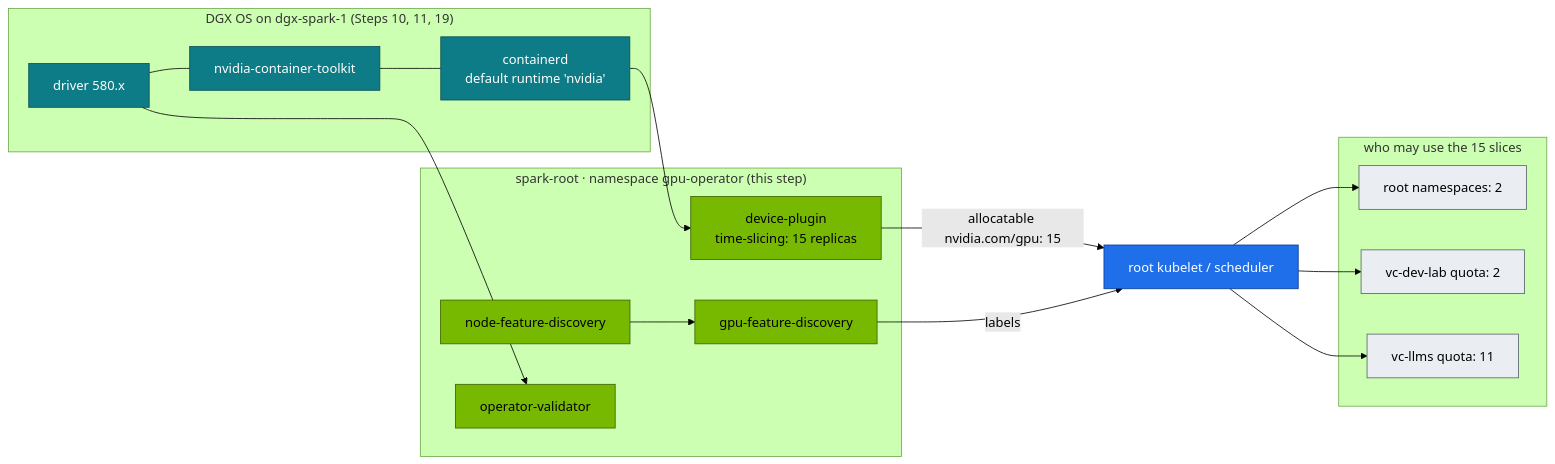
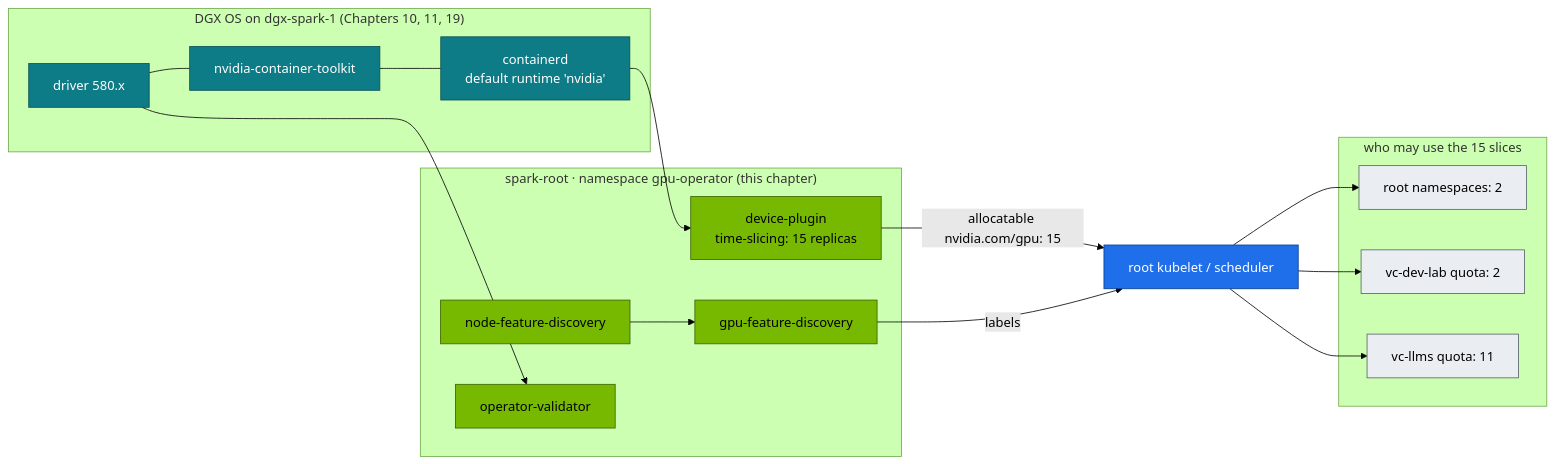
One commit to cloudone365/technical-depth changed the diagram in 01-Ansible/20-nvidia-gpu-operator-and-time-slicing.md. Above: the diagram before and after it, drawn with Mermaid (forest theme). The commit also changed other lines of this file and 242 other files, not shown here.

````diff
--- a/01-Ansible/20-nvidia-gpu-operator-and-time-slicing.md
+++ b/01-Ansible/20-nvidia-gpu-operator-and-time-slicing.md
@@ -31,29 +31,29 @@
 ```mermaid
 flowchart LR
-  subgraph HOST["DGX OS on dgx-spark-1 (Steps 10, 11, 19)"]
+  subgraph HOST["DGX OS on dgx-spark-1 (Chapters 10, 11, 19)"]
     DRV["driver 580.x"] --- TK["nvidia-container-toolkit"] --- RT["containerd<br/>default runtime 'nvidia'"]
   end
-  subgraph OP["spark-root · namespace gpu-operator (this step)"]
+  subgraph OP["spark-root · namespace gpu-operator (this chapter)"]
     NFD["node-feature-discovery"] --> GFD["gpu-feature-discovery"]
     DP["device-plugin<br/>time-slicing: 15 replicas"]
     VAL["operator-validator"]
   end
   subgraph BUD["who may use the 15 slices"]
     R["root namespaces: 2"]
     D["vc-dev-lab quota: 2"]
     L["vc-llms quota: 11"]
   end
   RT --> DP
   DRV --> VAL
   DP -->|"allocatable nvidia.com/gpu: 15"| K["root kubelet / scheduler"]
   GFD -->|labels| K
   K --> R & D & L
   classDef node fill:#0e7c86,stroke:#064e54,color:#fff
   classDef gpu fill:#76b900,stroke:#3d6000,color:#000
   classDef ctrl fill:#1f6feb,stroke:#0b3d91,color:#fff
   classDef tenant fill:#eaeef2,stroke:#57606a,color:#000
   class DRV,TK,RT node
   class NFD,GFD,DP,VAL gpu
   class K ctrl
   class R,D,L tenant
 ```
````
